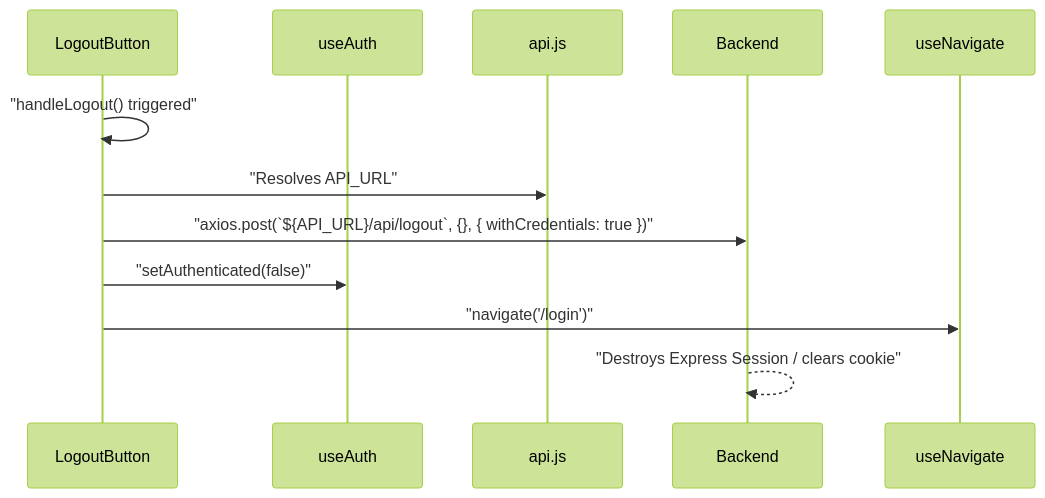
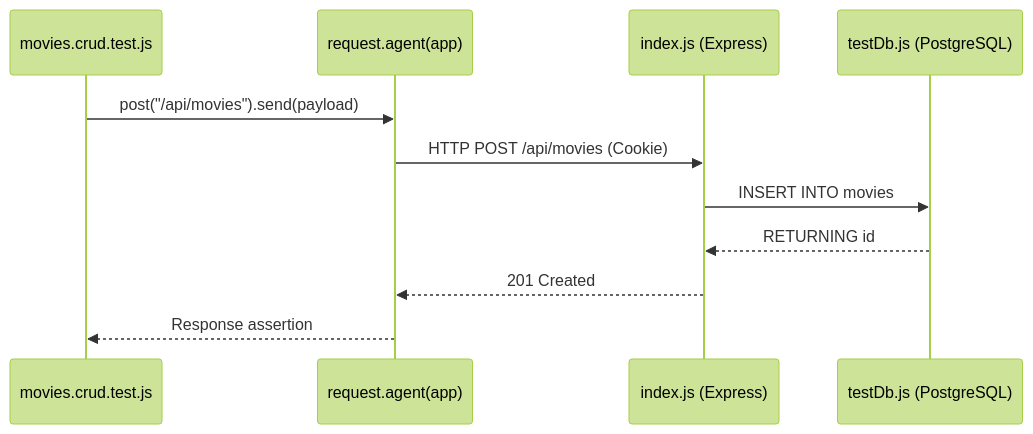
The seventh of 7 diagrams in README.md (rhythm162k/my_movie_diary), drawn with Mermaid (forest theme) before and after one commit. The commit also changed other lines of this file, not shown here.

````diff
--- a/README.md
+++ b/README.md
@@ -1024,14 +675,14 @@
 ```mermaid
 sequenceDiagram
-    participant LogoutButton
-    participant AuthContext as useAuth
-    participant api as api.js
-    participant BackendServer as Backend
-    participant Router as useNavigate
-    LogoutButton->>LogoutButton: "handleLogout() triggered"
-    LogoutButton->>api: "Resolves API_URL"
-    LogoutButton->>BackendServer: "axios.post(`${API_URL}/api/logout`, {}, { withCredentials: true })"
-    LogoutButton->>AuthContext: "setAuthenticated(false)"
-    LogoutButton->>Router: "navigate('/login')"
-    BackendServer-->>BackendServer: "Destroys Express Session / clears cookie"
+    participant Test as movies.crud.test.js
+    participant Agent as request.agent(app)
+    participant Server as index.js (Express)
+    participant DB as testDb.js (PostgreSQL)
+
+    Test->>Agent: post("/api/movies").send(payload)
+    Agent->>Server: HTTP POST /api/movies (Cookie)
+    Server->>DB: INSERT INTO movies
+    DB-->>Server: RETURNING id
+    Server-->>Agent: 201 Created
+    Agent-->>Test: Response assertion
 ```
````
